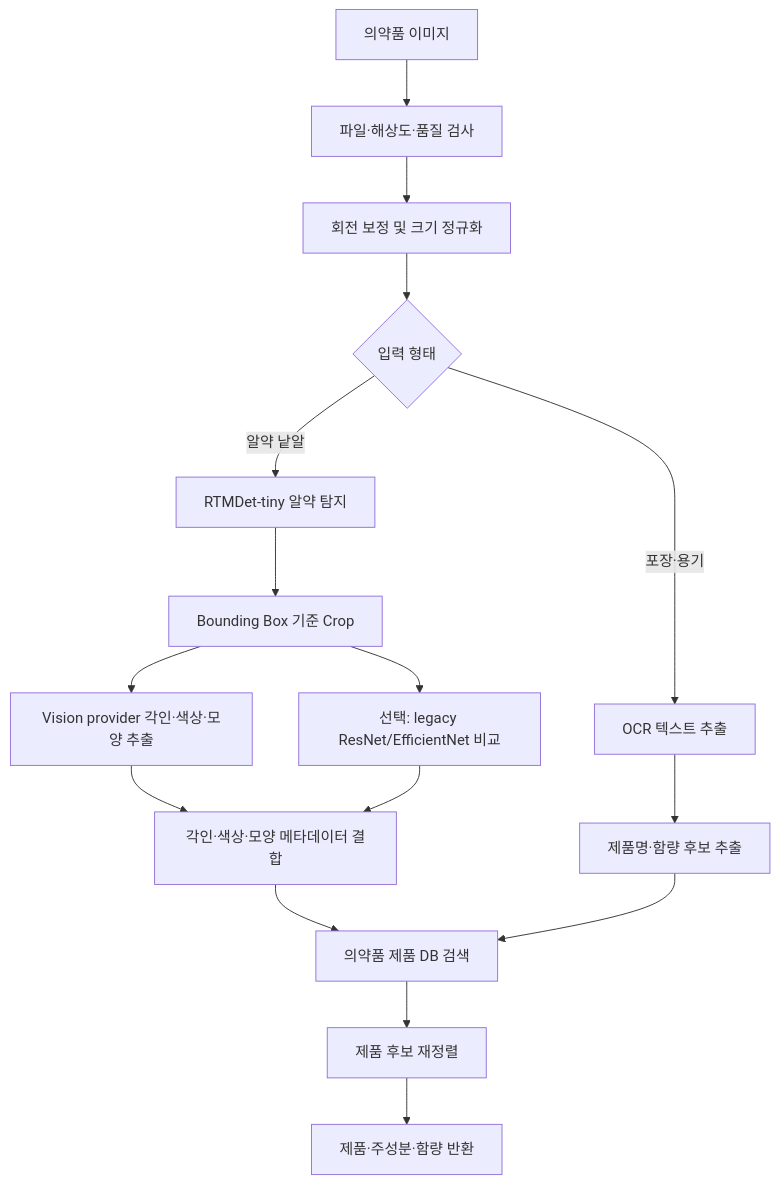
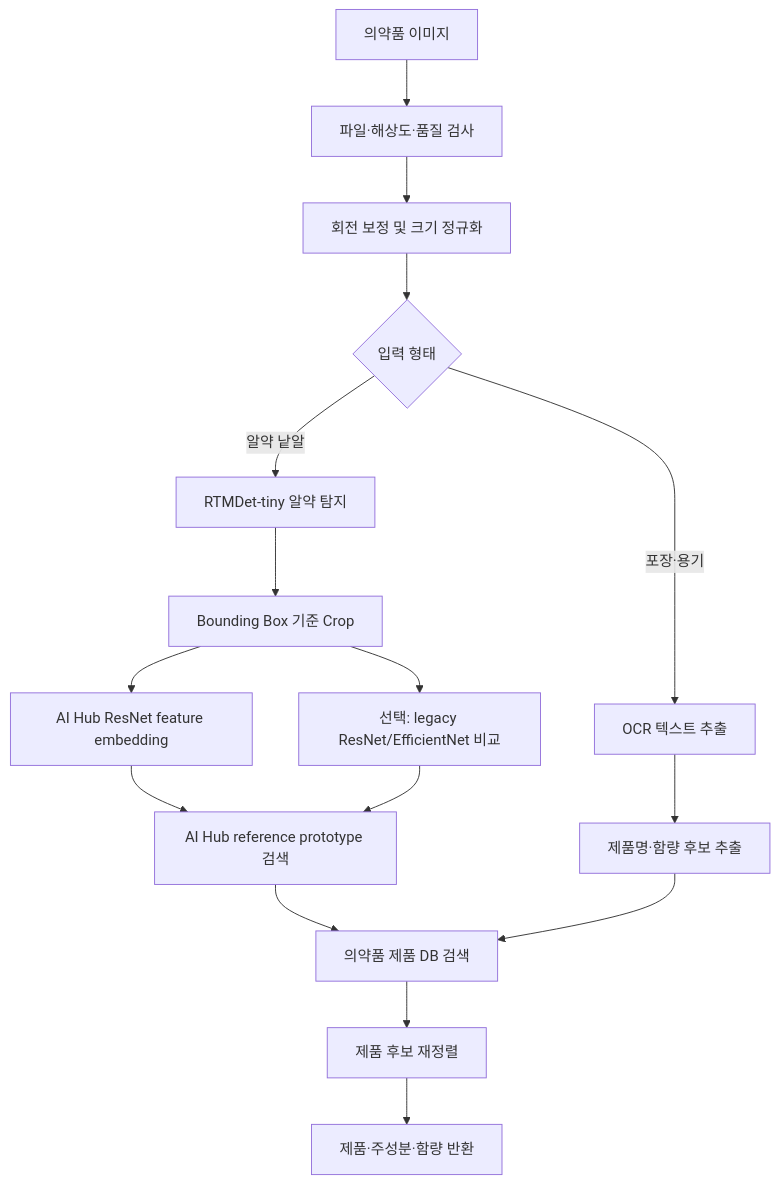
Before and after one commit to iccas6-click/ai: the second of 3 diagrams in README.md, drawn with Mermaid. The commit also changed other lines of this file and 9 other files, not shown here.

````diff
--- a/README.md
+++ b/README.md
@@ -83,18 +83,18 @@
 ```mermaid
 flowchart TD
     A["의약품 이미지"] --> B["파일·해상도·품질 검사"]
     B --> C["회전 보정 및 크기 정규화"]
     C --> D{"입력 형태"}
     D -->|"알약 낱알"| E["RTMDet-tiny 알약 탐지"]
     E --> F["Bounding Box 기준 Crop"]
-    F --> G["Vision provider 각인·색상·모양 추출"]
+    F --> G["AI Hub ResNet feature embedding"]
     F --> H["선택: legacy ResNet/EfficientNet 비교"]
     D -->|"포장·용기"| O["OCR 텍스트 추출"]
-    G --> I["각인·색상·모양 메타데이터 결합"]
+    G --> I["AI Hub reference prototype 검색"]
     H --> I
     O --> J["제품명·함량 후보 추출"]
     I --> K["의약품 제품 DB 검색"]
     J --> K
     K --> L["제품 후보 재정렬"]
     L --> M["제품·주성분·함량 반환"]
 ```
````
